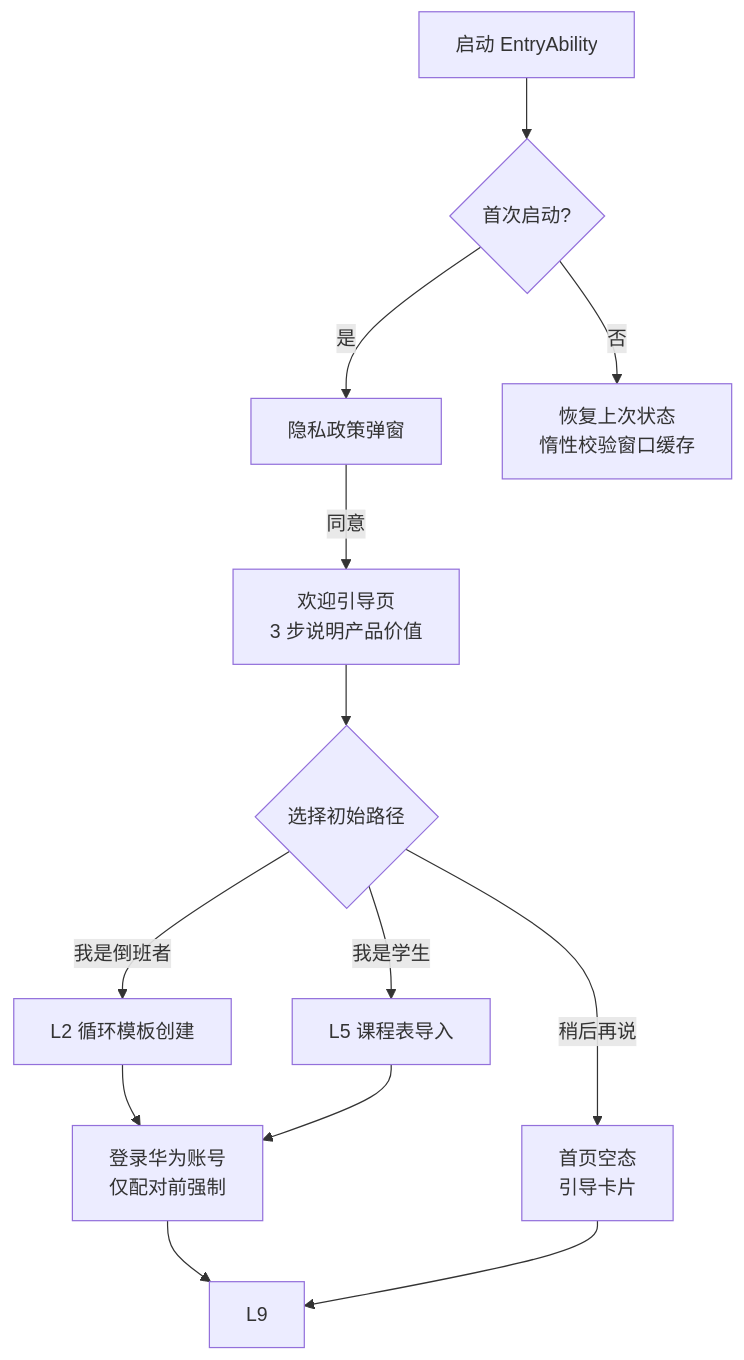
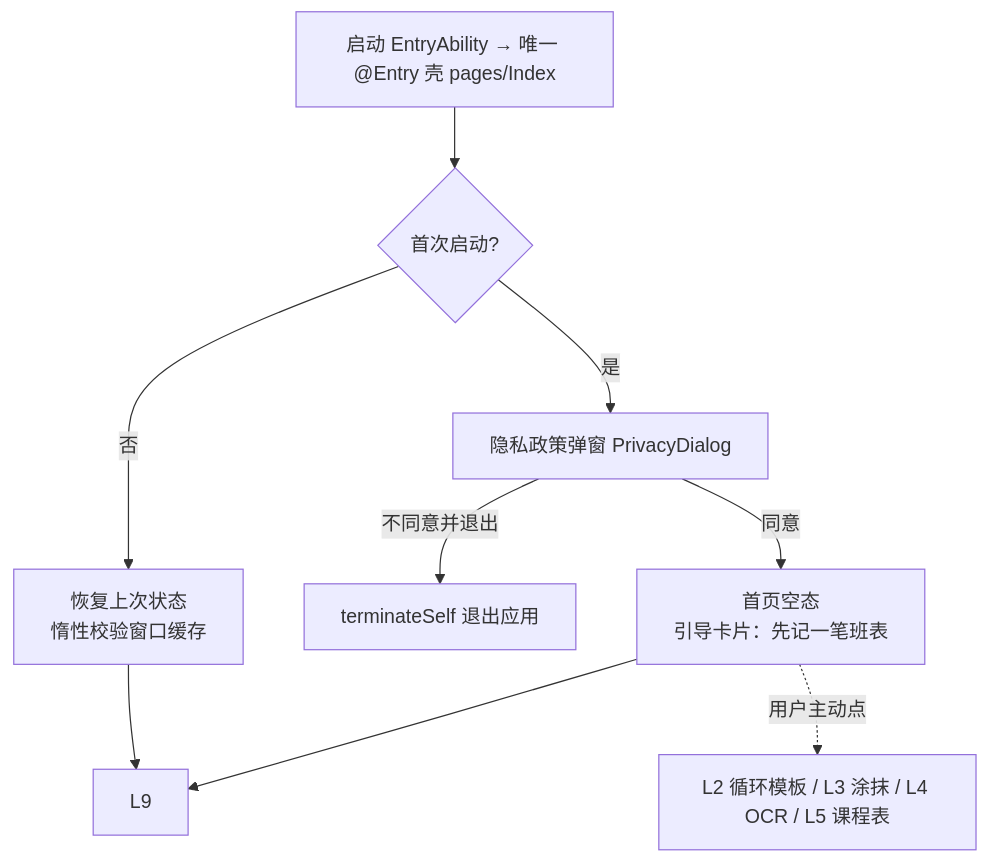
Before and after one commit to Shen-Yuuu/CommonRestday: the second of 14 diagrams in docs/03-功能链路设计.md, drawn with Mermaid. The commit also changed other lines of this file and 9 other files, not shown here.

````diff
--- a/docs/03-功能链路设计.md
+++ b/docs/03-功能链路设计.md
@@ -29,14 +35,11 @@
 ```mermaid
 flowchart TD
-    A[启动 EntryAbility] --> B{首次启动?}
-    B -- 是 --> C[隐私政策弹窗]
-    C -- 同意 --> D[欢迎引导页\n3 步说明产品价值]
-    D --> E{选择初始路径}
-    E -- 我是倒班者 --> F[L2 循环模板创建]
-    E -- 我是学生 --> G[L5 课程表导入]
-    E -- 稍后再说 --> H[首页空态\n引导卡片]
+    A[启动 EntryAbility → 唯一 @Entry 壳 pages/Index] --> B{首次启动?}
+    B -- 是 --> C[隐私政策弹窗 PrivacyDialog]
+    C -- 同意 --> H[首页空态\n引导卡片：先记一笔班表]
+    C -- 不同意并退出 --> X[terminateSelf 退出应用]
     B -- 否 --> I[恢复上次状态\n惰性校验窗口缓存]
-    F & G --> J[登录华为账号\n仅配对前强制]
-    J --> L9
     H --> L9
+    I --> L9
+    H -.用户主动点.-> F[L2 循环模板 / L3 涂抹 / L4 OCR / L5 课程表]
 ```
````
